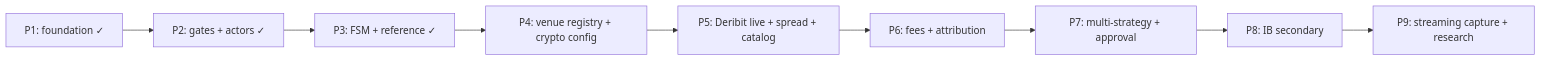
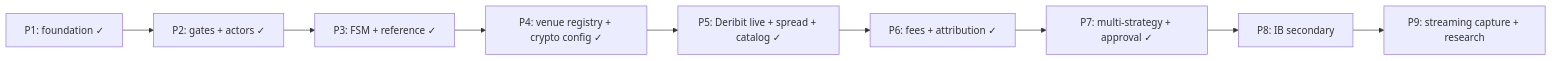
One commit to abhushansahu/nautilus-quant-scaffold changed the first of 2 diagrams in .cursor/plans/0dte_implementation_plan_5c4f2990.plan.md. Above: the diagram before and after it, drawn with Mermaid. The commit also changed other lines of this file and 5 other files, not shown here.

````diff
--- a/.cursor/plans/0dte_implementation_plan_5c4f2990.plan.md
+++ b/.cursor/plans/0dte_implementation_plan_5c4f2990.plan.md
@@ -100,13 +99,13 @@
 ```mermaid
 flowchart LR
   P1[P1: foundation ✓]
   P2[P2: gates + actors ✓]
   P3[P3: FSM + reference ✓]
-  P4[P4: venue registry + crypto config]
-  P5[P5: Deribit live + spread + catalog]
-  P6[P6: fees + attribution]
-  P7[P7: multi-strategy + approval]
+  P4[P4: venue registry + crypto config ✓]
+  P5[P5: Deribit live + spread + catalog ✓]
+  P6[P6: fees + attribution ✓]
+  P7[P7: multi-strategy + approval ✓]
   P8[P8: IB secondary]
   P9[P9: streaming capture + research]
   P1 --> P2 --> P3 --> P4 --> P5 --> P6 --> P7 --> P8 --> P9
 ```
````
